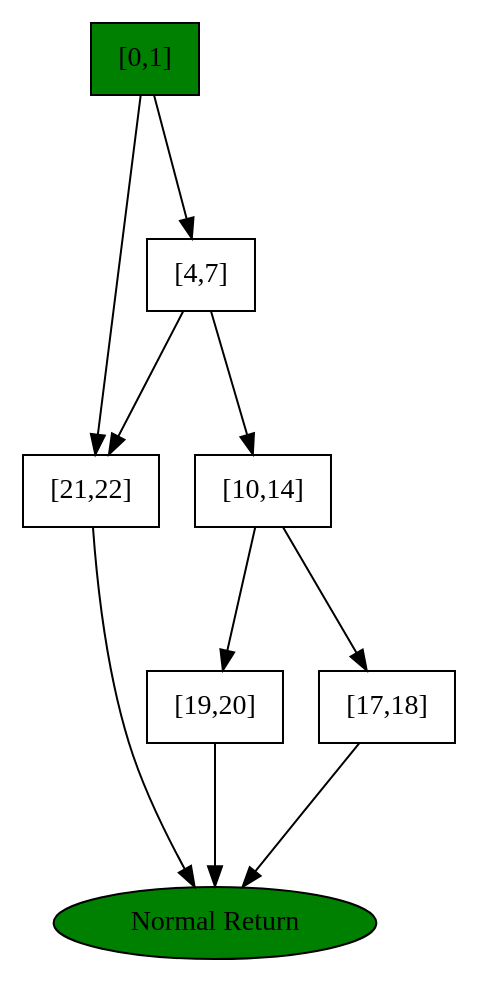
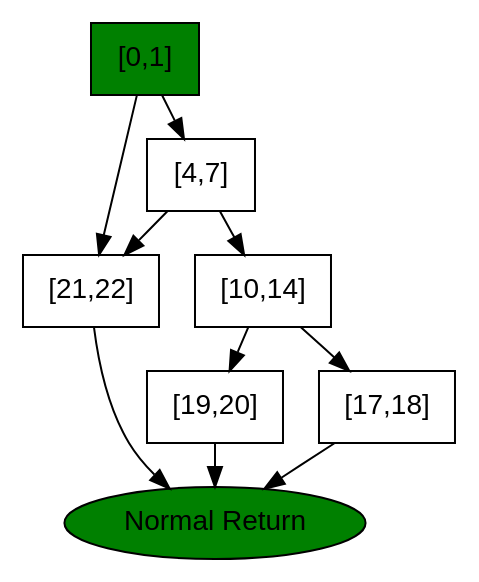
Before and after one commit to stg-tud/apsa: the diagram in 2016/lecture/APSA-02-checkIt-RegularCFG.cfg.dot, drawn with Graphviz. The commit also changed 9 other files, not shown here.

```diff
--- a/2016/lecture/APSA-02-checkIt-RegularCFG.cfg.dot
+++ b/2016/lecture/APSA-02-checkIt-RegularCFG.cfg.dot
@@ -1,20 +1,21 @@
 digraph G {
 	dir=forward;
-	ranksep=1.0;
+	ranksep=0.3;
+	node [fontname="Helvetica"];	
 	0["style"="filled","label"="[0,1]","fillcolor"="green","labelloc"="l","shape"="box"];
 	0 -> 21 [dir=forward];
 	0 -> 4 [dir=forward];
 	21["shape"="box","labelloc"="l","label"="[21,22]"];
 	21 -> -9223372036854775808 [dir=forward];
 	4["shape"="box","labelloc"="l","label"="[4,7]"];
 	4 -> 21 [dir=forward];
 	4 -> 10 [dir=forward];
 	-9223372036854775808["labelloc"="l","fillcolor"="green","style"="filled","label"="Normal Return"];
 	10["shape"="box","labelloc"="l","label"="[10,14]"];
 	10 -> 19 [dir=forward];
 	10 -> 17 [dir=forward];
 	19["shape"="box","labelloc"="l","label"="[19,20]"];
 	19 -> -9223372036854775808 [dir=forward];
 	17["shape"="box","labelloc"="l","label"="[17,18]"];
 	17 -> -9223372036854775808 [dir=forward];
 }
```
